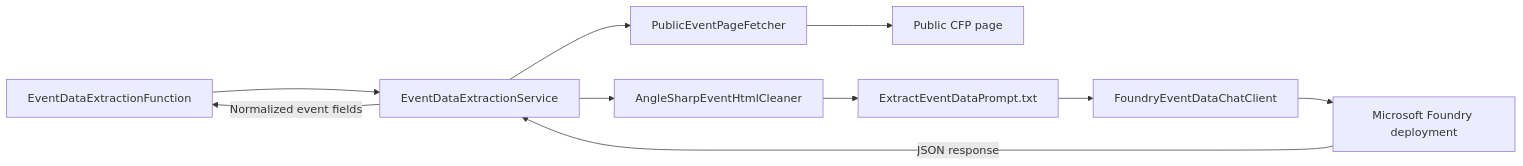
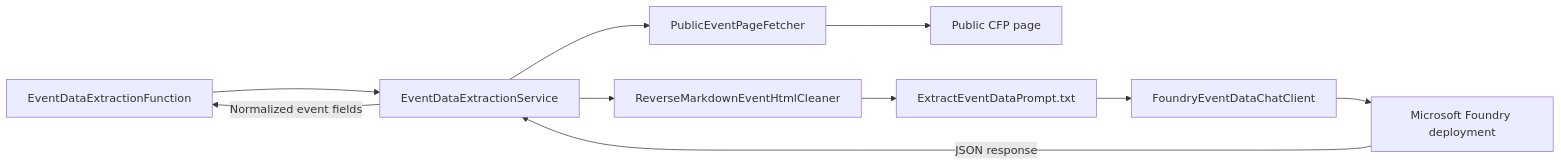
One commit to massimobonanni/TalksOps changed the diagram in src/TalksOps.AI/README.md. Above: the diagram before and after it, drawn with Mermaid. The commit also changed other lines of this file and 59 other files, not shown here.

````diff
--- a/src/TalksOps.AI/README.md
+++ b/src/TalksOps.AI/README.md
@@ -7,12 +7,12 @@
 ```mermaid
 flowchart LR
     Function[EventDataExtractionFunction] --> Service[EventDataExtractionService]
     Service --> Fetcher[PublicEventPageFetcher]
     Fetcher --> Page[Public CFP page]
-    Service --> Cleaner[AngleSharpEventHtmlCleaner]
+    Service --> Cleaner[ReverseMarkdownEventHtmlCleaner]
     Cleaner --> Prompt[ExtractEventDataPrompt.txt]
     Prompt --> Client[FoundryEventDataChatClient]
     Client --> Foundry[Microsoft Foundry deployment]
     Foundry -->|JSON response| Service
     Service -->|Normalized event fields| Function
 ```
````
